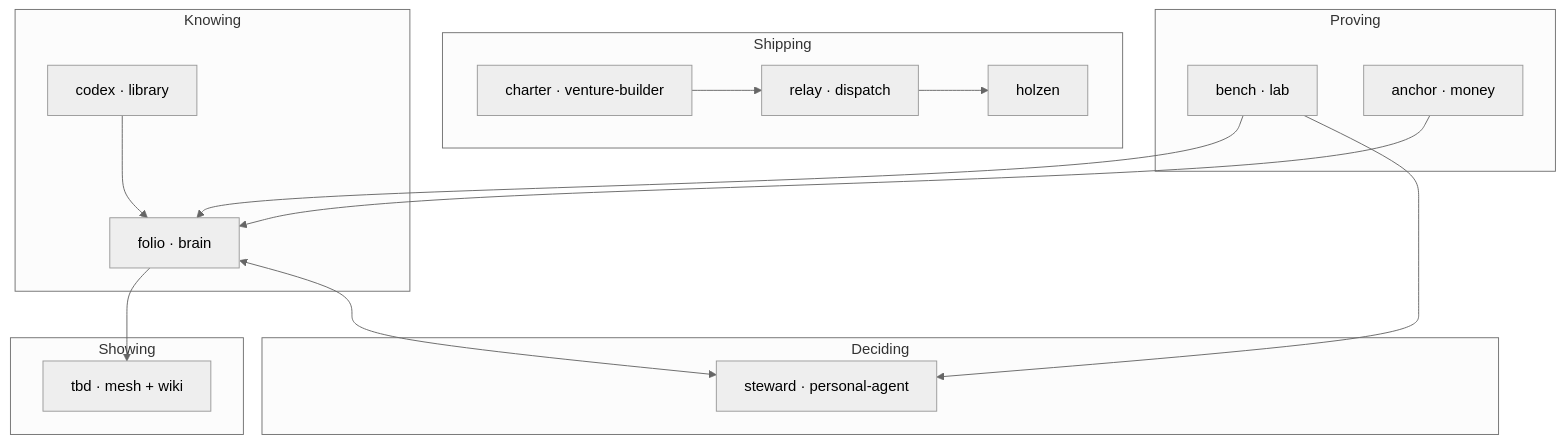
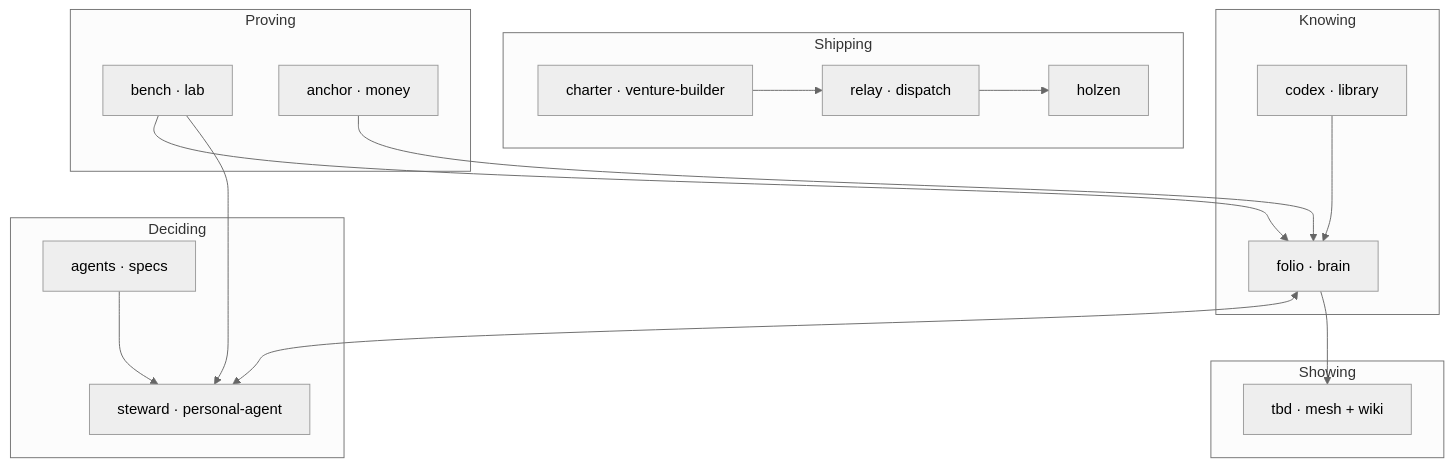
One commit to Angelguirao/projects changed the diagram in README.md. Above: the diagram before and after it, drawn with Mermaid (neutral theme). The commit also changed other lines of this file and 2 other files, not shown here.

Commit message:
Update meta-repo map for agents, PersonalOS, and mesh cutover.

````diff
--- a/README.md
+++ b/README.md
@@ -26,33 +27,35 @@
 ```mermaid
 flowchart TB
   subgraph know["Knowing"]
     LIB[codex · library]
     FOL[folio · brain]
     LIB --> FOL
   end
 
   subgraph decide["Deciding"]
+    AG[agents · specs]
     ST[steward · personal-agent]
     FOL <--> ST
+    AG --> ST
   end
 
   subgraph show["Showing"]
     MESH[tbd · mesh + wiki]
     FOL --> MESH
   end
 
   subgraph ship["Shipping"]
     HOL[holzen]
     CHR[charter · venture-builder]
     REL[relay · dispatch]
     CHR --> REL --> HOL
   end
 
   subgraph prove["Proving"]
     LAB[bench · lab]
     MON[anchor · money]
     LAB --> FOL
     LAB --> ST
     MON --> FOL
   end
 ```
````
